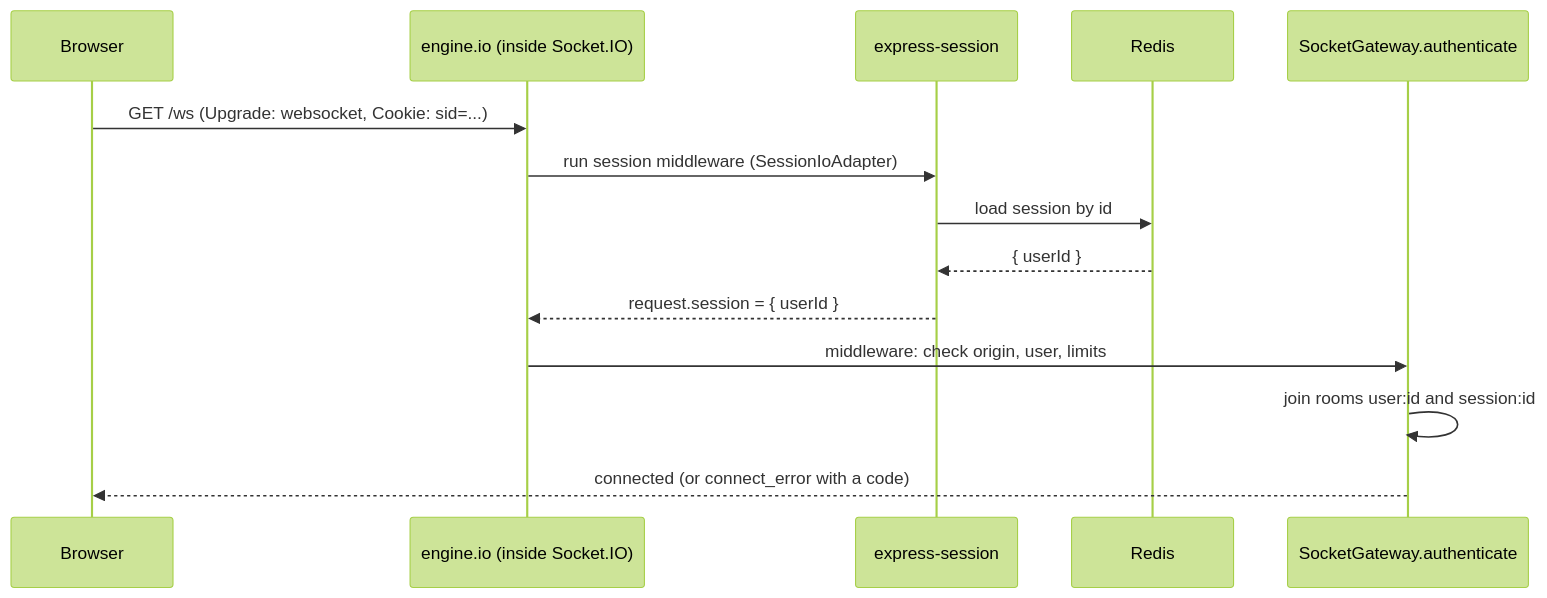
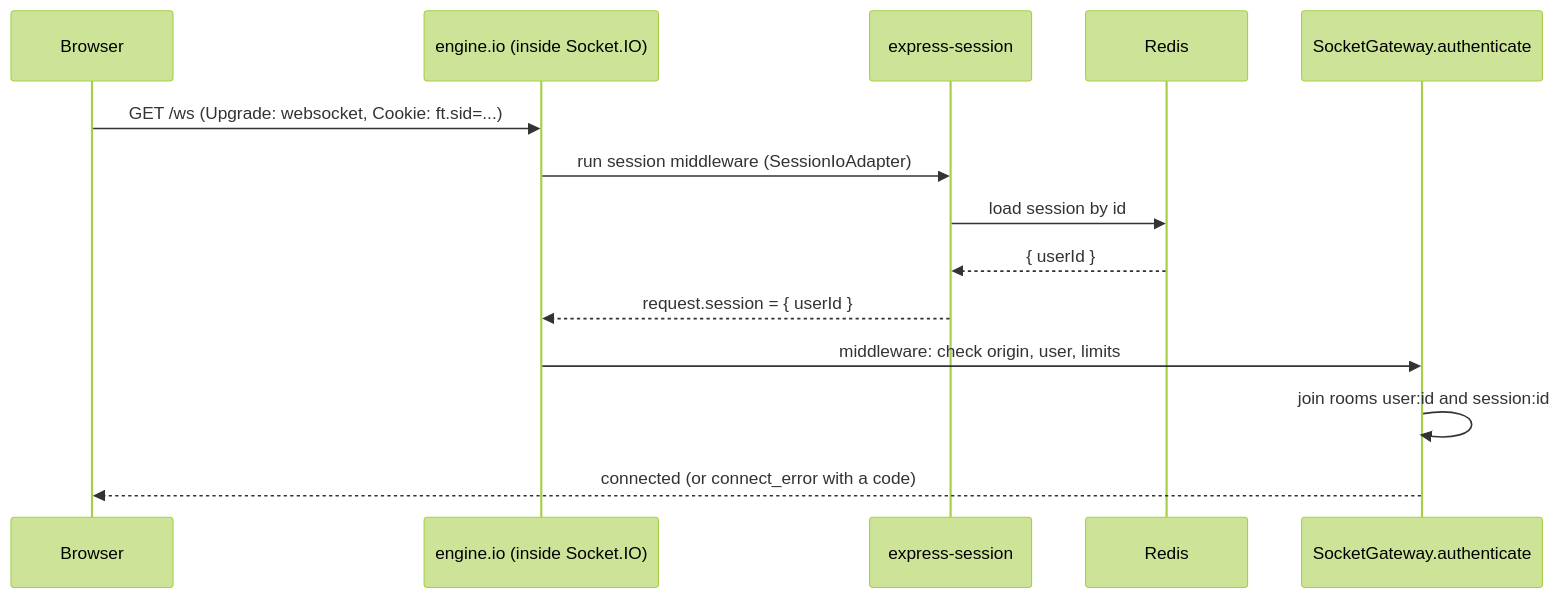
One commit to VictorBro/ft_transcendence changed the third of 9 diagrams in docs/api/09-social-and-realtime.md. Above: the diagram before and after it, drawn with Mermaid (forest theme). The commit also changed other lines of this file and 86 other files, not shown here.

````diff
--- a/docs/api/09-social-and-realtime.md
+++ b/docs/api/09-social-and-realtime.md
@@ -109,16 +109,16 @@
 ```mermaid
 sequenceDiagram
     participant B as Browser
     participant E as engine.io (inside Socket.IO)
     participant M as express-session
     participant R as Redis
     participant G as SocketGateway.authenticate
-    B->>E: GET /ws (Upgrade: websocket, Cookie: sid=...)
+    B->>E: GET /ws (Upgrade: websocket, Cookie: ft.sid=...)
     E->>M: run session middleware (SessionIoAdapter)
     M->>R: load session by id
     R-->>M: { userId }
     M-->>E: request.session = { userId }
     E->>G: middleware: check origin, user, limits
     G->>G: join rooms user:id and session:id
     G-->>B: connected (or connect_error with a code)
 ```
````
